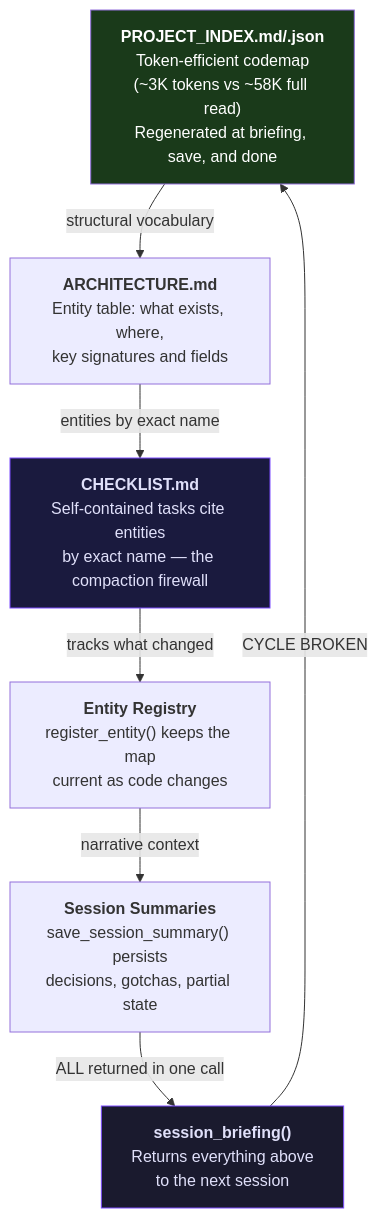
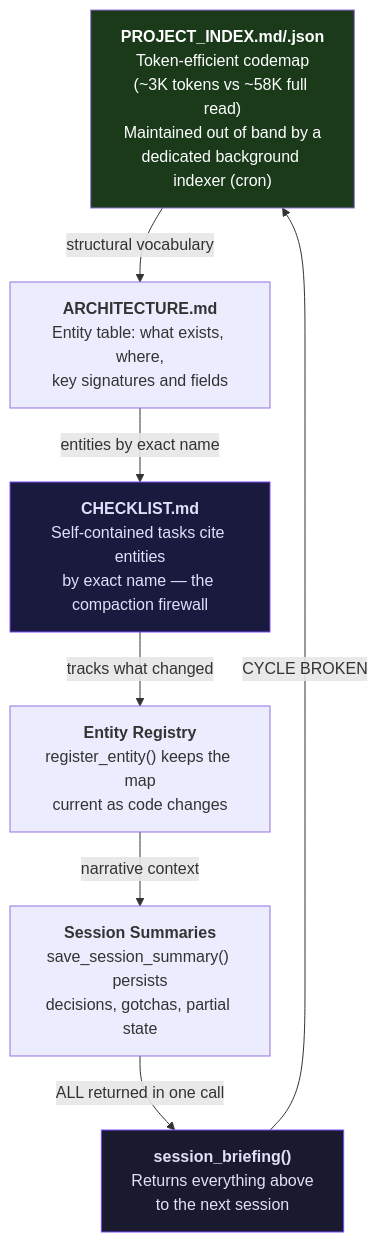
One commit to rebots-online/session-continuity-mcp changed the sixth of 8 diagrams in README.md. Above: the diagram before and after it, drawn with Mermaid. The commit also changed other lines of this file and 5 other files, not shown here.

First line of the commit message:
Offload project index maintenance to background agent

````diff
--- a/README.md
+++ b/README.md
@@ -213,24 +213,24 @@
 ```mermaid
 flowchart TD
-    PI["<b>PROJECT_INDEX.md/.json</b><br>Token-efficient codemap<br>(~3K tokens vs ~58K full read)<br>Regenerated at briefing, save, and done"]
+    PI["<b>PROJECT_INDEX.md/.json</b><br>Token-efficient codemap<br>(~3K tokens vs ~58K full read)<br>Maintained out of band by a<br>dedicated background indexer (cron)"]
     -->|"structural vocabulary"| ARCH
 
     ARCH["<b>ARCHITECTURE.md</b><br>Entity table: what exists, where,<br>key signatures and fields"]
     -->|"entities by exact name"| CL
 
     CL["<b>CHECKLIST.md</b><br>Self-contained tasks cite entities<br>by exact name — the compaction firewall"]
     -->|"tracks what changed"| ER
 
     ER["<b>Entity Registry</b><br>register_entity() keeps the map<br>current as code changes"]
     -->|"narrative context"| SS
 
     SS["<b>Session Summaries</b><br>save_session_summary() persists<br>decisions, gotchas, partial state"]
     -->|"ALL returned in one call"| SB
 
     SB["<b>session_briefing()</b><br>Returns everything above<br>to the next session"]
     -->|"CYCLE BROKEN"| PI
 
     style PI fill:#1a3a1a,color:#fff
     style CL fill:#1a1a3e,color:#e0e0fa,stroke:#7c4dff
     style SB fill:#1a1a2e,color:#e0e0fa,stroke:#7c4dff
 ```
````
